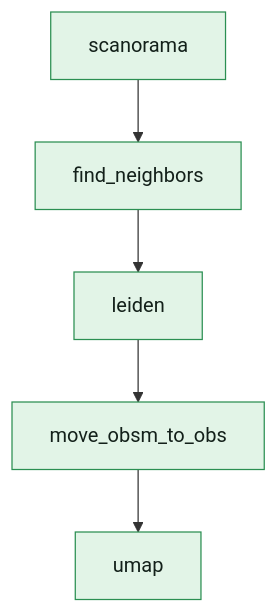
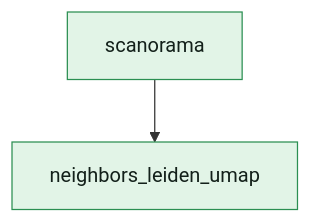
One commit to openpipelines-bio/openpipeline_docs changed the diagram in reference/openpipeline/v4.2.0/workflows/integration/scanorama_leiden.qmd. Above: the diagram before and after it, drawn with Mermaid. The commit also changed other lines of this file and 40 other files, not shown here.

````diff
--- a/reference/openpipeline/v4.2.0/workflows/integration/scanorama_leiden.qmd
+++ b/reference/openpipeline/v4.2.0/workflows/integration/scanorama_leiden.qmd
@@ -137,17 +137,8 @@
 ```{mermaid}
 flowchart TB
-    v120["move_obsm_to_obs"]
-    v151["umap"]
-    v18["scanorama"]
-    v58["find_neighbors"]
-    v89["leiden"]
-    v120 --> v151
-    v18 --> v58
-    v58 --> v89
-    v89 --> v120
-    style v120 fill:#e2f4e7,stroke:#2b8f52,color:#13201a
-    style v151 fill:#e2f4e7,stroke:#2b8f52,color:#13201a
-    style v18 fill:#e2f4e7,stroke:#2b8f52,color:#13201a
-    style v58 fill:#e2f4e7,stroke:#2b8f52,color:#13201a
-    style v89 fill:#e2f4e7,stroke:#2b8f52,color:#13201a
+    c_integrate_scanorama["scanorama"]
+    c_workflows_multiomics_neighbors_leiden_umap["neighbors_leiden_umap"]
+    c_integrate_scanorama --> c_workflows_multiomics_neighbors_leiden_umap
+    style c_integrate_scanorama fill:#e2f4e7,stroke:#2b8f52,color:#13201a
+    style c_workflows_multiomics_neighbors_leiden_umap fill:#e2f4e7,stroke:#2b8f52,color:#13201a
 ```
````
